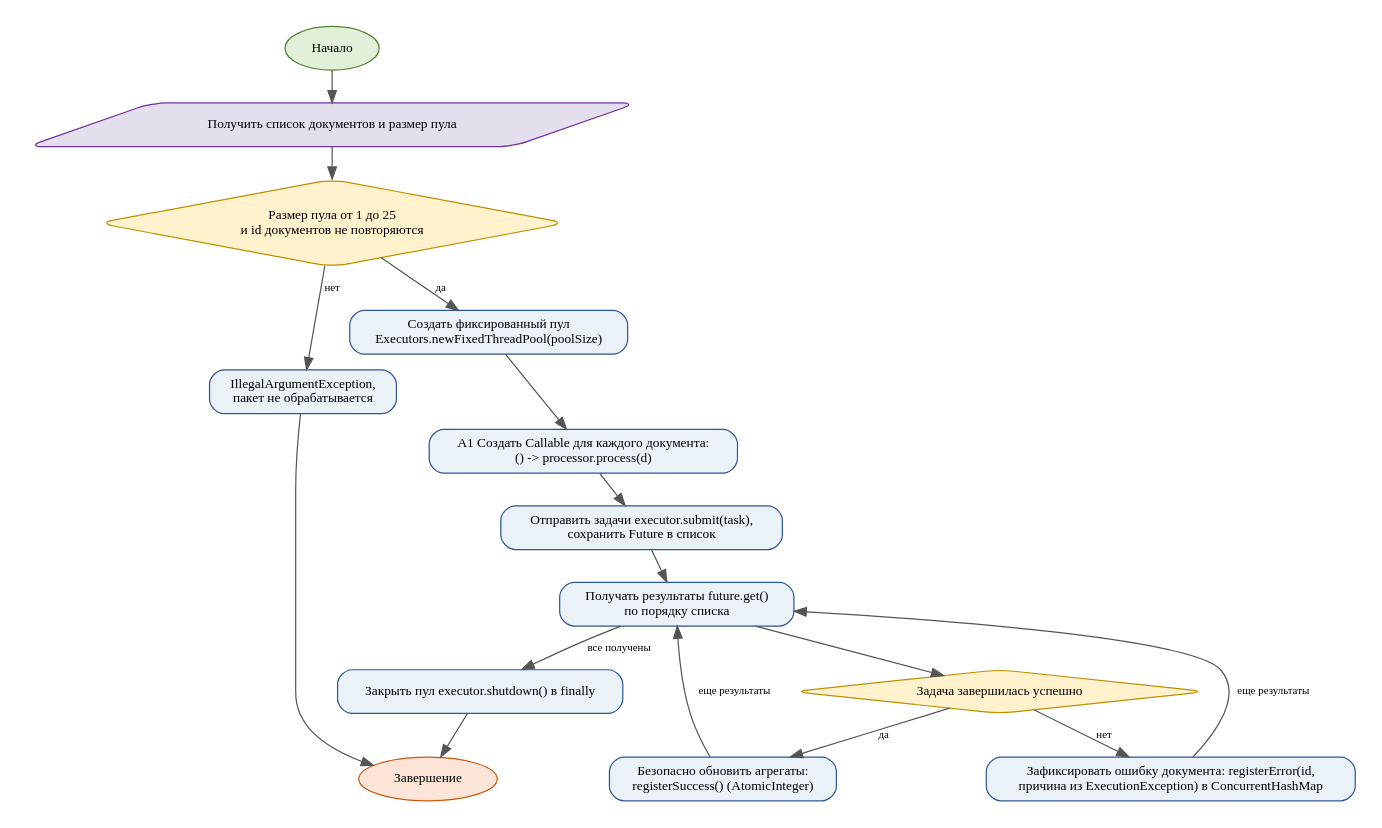
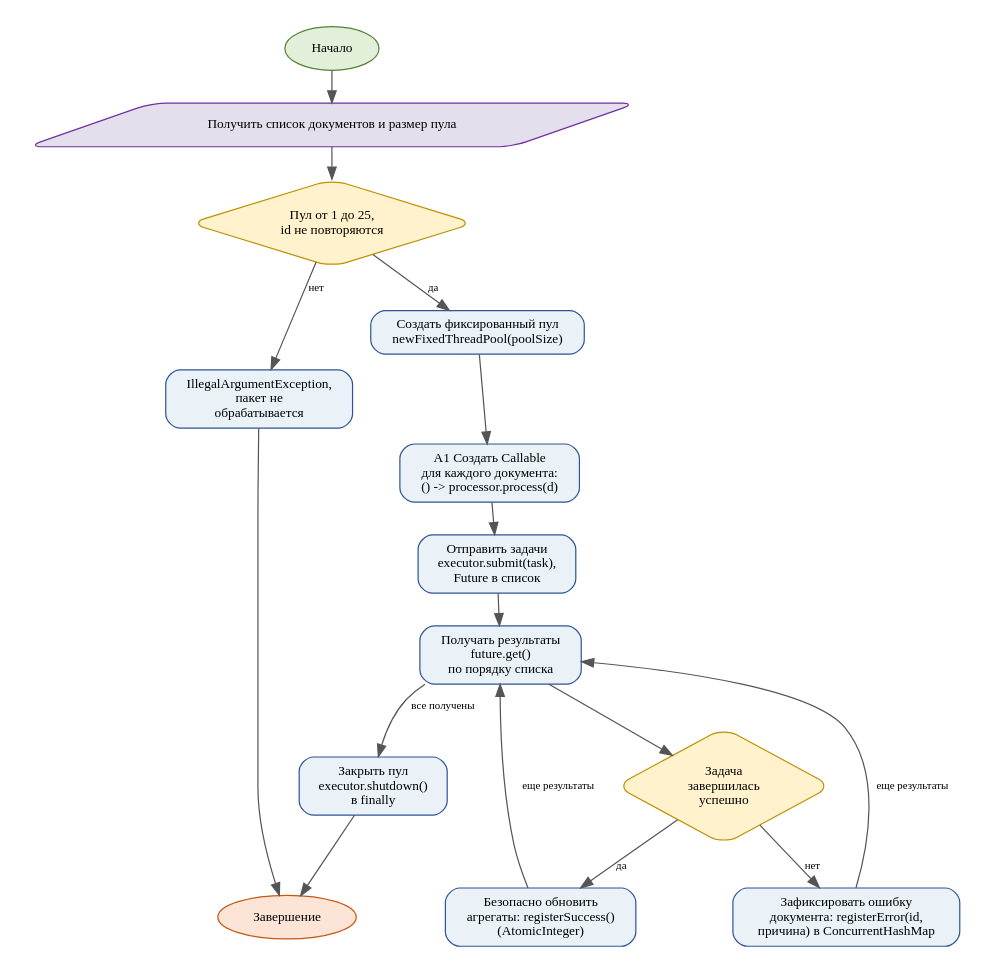
The diagram in diagrams/activity.dot (svpeditor/pr16-klimashevskiy-da), drawn with Graphviz before and after one commit. The commit also changed 2 other files, not shown here.

Commit message:
Диаграмма activity: короче подписи, отчет обновлен

```diff
--- a/diagrams/activity.dot
+++ b/diagrams/activity.dot
@@ -1,33 +1,33 @@
 digraph G {
 graph [rankdir=TB, bgcolor="white", pad=0.2, nodesep=0.3, ranksep=0.35];
 node [shape=box, style="rounded,filled", fontname="Times New Roman", fontsize=11, color="#2F5597", fillcolor="#EAF2F8", margin="0.12,0.08"];
 edge [fontname="Times New Roman", fontsize=9, color="#555555"];
 start [label="Начало", shape=oval, fillcolor="#E2F0D9", color="#548235"];
 end [label="Завершение", shape=oval, fillcolor="#FCE4D6", color="#C65911"];
 n1 [label="Получить список документов и размер пула" ,shape=parallelogram,fillcolor="#E4DFEC",color="#7030A0"];
-n1b [label="Размер пула от 1 до 25\nи id документов не повторяются" ,shape=diamond,fillcolor="#FFF2CC",color="#BF9000"];
-n1e [label="IllegalArgumentException,\nпакет не обрабатывается"];
-n2 [label="Создать фиксированный пул\nExecutors.newFixedThreadPool(poolSize)"];
-n3 [label="A1 Создать Callable для каждого документа:\n() -> processor.process(d)"];
-n4 [label="Отправить задачи executor.submit(task),\nсохранить Future в список"];
-n5 [label="Получать результаты future.get()\nпо порядку списка"];
-n6 [label="Задача завершилась успешно" ,shape=diamond,fillcolor="#FFF2CC",color="#BF9000"];
-n7 [label="Безопасно обновить агрегаты:\nregisterSuccess() (AtomicInteger)"];
-n8 [label="Зафиксировать ошибку документа: registerError(id,\nпричина из ExecutionException) в ConcurrentHashMap"];
-n9 [label="Закрыть пул executor.shutdown() в finally"];
+n1b [label="Пул от 1 до 25,\nid не повторяются" ,shape=diamond,fillcolor="#FFF2CC",color="#BF9000"];
+n1e [label="IllegalArgumentException,\nпакет не\nобрабатывается"];
+n2 [label="Создать фиксированный пул\nnewFixedThreadPool(poolSize)"];
+n3 [label="A1 Создать Callable\nдля каждого документа:\n() -> processor.process(d)"];
+n4 [label="Отправить задачи\nexecutor.submit(task),\nFuture в список"];
+n5 [label="Получать результаты\nfuture.get()\nпо порядку списка"];
+n6 [label="Задача\nзавершилась\nуспешно" ,shape=diamond,fillcolor="#FFF2CC",color="#BF9000"];
+n7 [label="Безопасно обновить\nагрегаты: registerSuccess()\n(AtomicInteger)"];
+n8 [label="Зафиксировать ошибку\nдокумента: registerError(id,\nпричина) в ConcurrentHashMap"];
+n9 [label="Закрыть пул\nexecutor.shutdown()\nв finally"];
 start -> n1;
 n1 -> n1b;
 n1b -> n2 [label="да"];
 n1b -> n1e [label="нет"];
 n1e -> end;
 n2 -> n3;
 n3 -> n4;
 n4 -> n5;
 n5 -> n6;
 n6 -> n7 [label="да"];
 n6 -> n8 [label="нет"];
 n7 -> n5 [label="еще результаты"];
 n8 -> n5 [label="еще результаты"];
 n5 -> n9 [label="все получены"];
 n9 -> end;
 }
```
